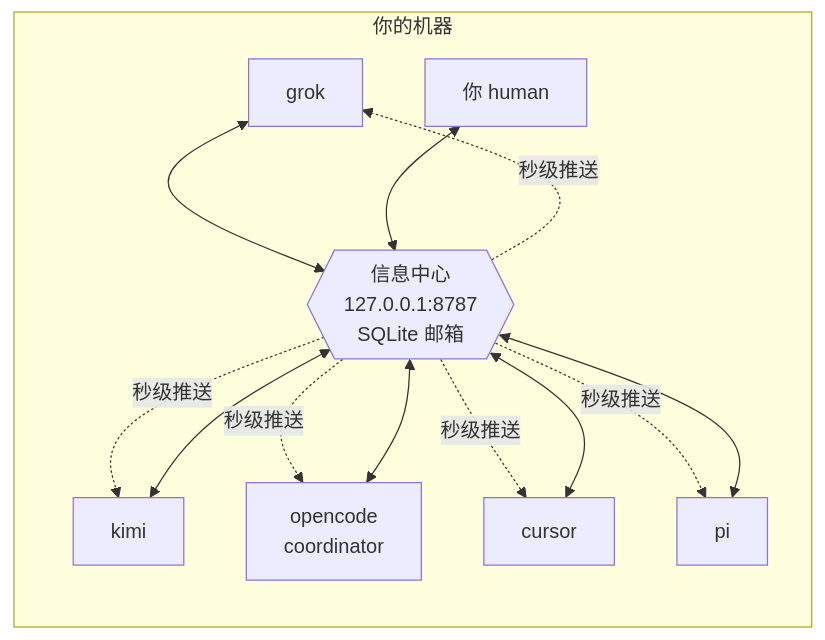
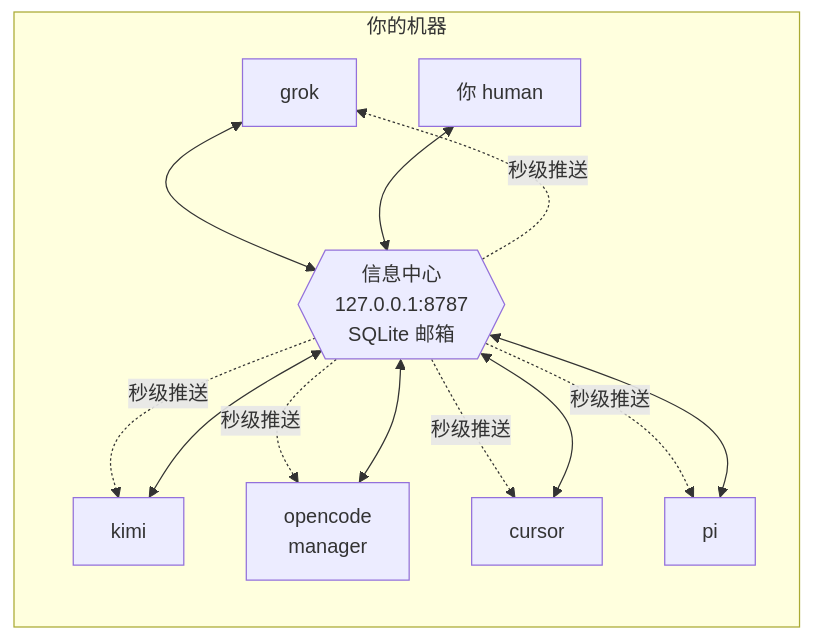
The diagram in README.md (Robin9989Law/infocenter), drawn with Mermaid before and after one commit. The commit also changed other lines of this file and 15 other files, not shown here.

First line of the commit message:
feat(scope): coordinator 分两层——全局 manager + 每项目 coordinator（由 human 指定）

````diff
--- a/README.md
+++ b/README.md
@@ -53,13 +53,13 @@
 ```mermaid
 flowchart LR
   subgraph 你的机器
     G[grok] <--> HUB
     K[kimi] <--> HUB
-    O[opencode<br/>coordinator] <--> HUB
+    O[opencode<br/>manager] <--> HUB
     C[cursor] <--> HUB
     P[pi] <--> HUB
     U[你 human] <--> HUB
     HUB{{"信息中心<br/>127.0.0.1:8787<br/>SQLite 邮箱"}}
     HUB -. 秒级推送 .-> G & K & O & C & P
   end
 ```
````
